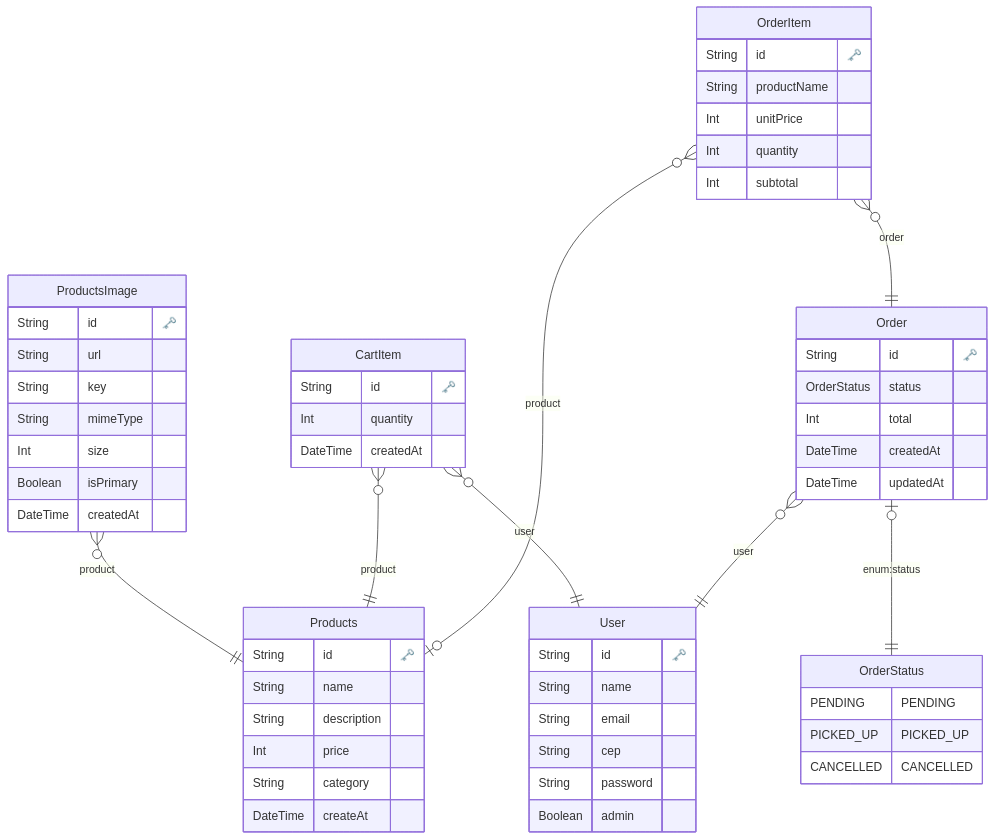
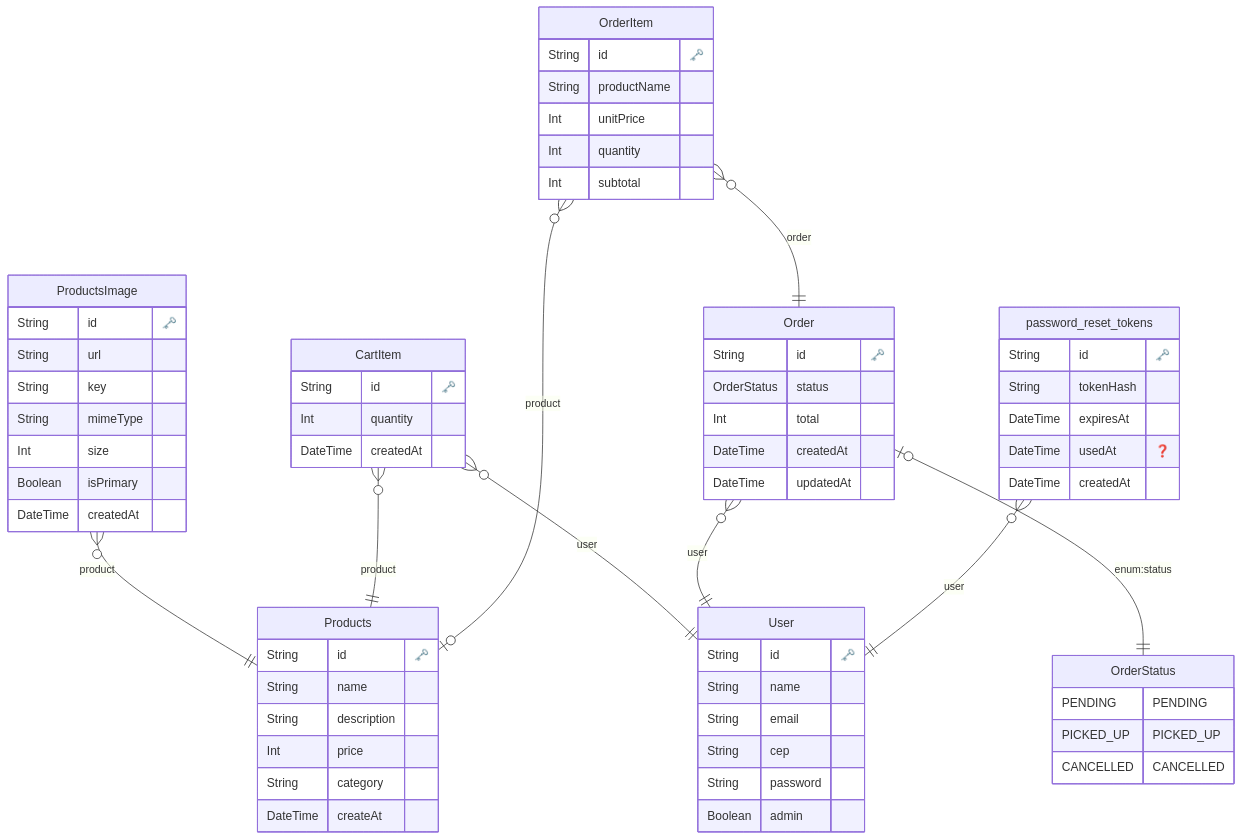
Before and after one commit to DevWesleyMedeiros/casa-do-hamburger: the diagram in back-end/docs/architecture/ERD.md, drawn with Mermaid. The commit also changed 2 other files, not shown here.

Commit message:
feat(auth): add model PasswordResetToken (RN-AUTH-13/14)

````diff
--- a/back-end/docs/architecture/ERD.md
+++ b/back-end/docs/architecture/ERD.md
@@ -1,72 +1,82 @@
 ```mermaid
 erDiagram
 
         OrderStatus {
             PENDING PENDING
 PICKED_UP PICKED_UP
 CANCELLED CANCELLED
         }
     
   "User" {
     String id "🗝️"
     String name 
     String email 
     String cep 
     String password 
     Boolean admin 
     }
   
 
   "Products" {
     String id "🗝️"
     String name 
     String description 
     Int price 
     String category 
     DateTime createAt 
     }
   
 
   "ProductsImage" {
     String id "🗝️"
     String url 
     String key 
     String mimeType 
     Int size 
     Boolean isPrimary 
     DateTime createdAt 
     }
   
 
   "CartItem" {
     String id "🗝️"
     Int quantity 
     DateTime createdAt 
     }
   
 
   "Order" {
     String id "🗝️"
     OrderStatus status 
     Int total 
     DateTime createdAt 
     DateTime updatedAt 
     }
   
 
   "OrderItem" {
     String id "🗝️"
     String productName 
     Int unitPrice 
     Int quantity 
     Int subtotal 
     }
   
+
+  "password_reset_tokens" {
+    String id "🗝️"
+    String tokenHash 
+    DateTime expiresAt 
+    DateTime usedAt "❓"
+    DateTime createdAt 
+    }
+  
     "ProductsImage" }o--|| "Products" : "product"
     "CartItem" }o--|| "Products" : "product"
     "CartItem" }o--|| "User" : "user"
     "Order" }o--|| "User" : "user"
     "Order" |o--|| "OrderStatus" : "enum:status"
     "OrderItem" }o--|| "Order" : "order"
     "OrderItem" }o--|o "Products" : "product"
+    "password_reset_tokens" }o--|| "User" : "user"
 ```
````
